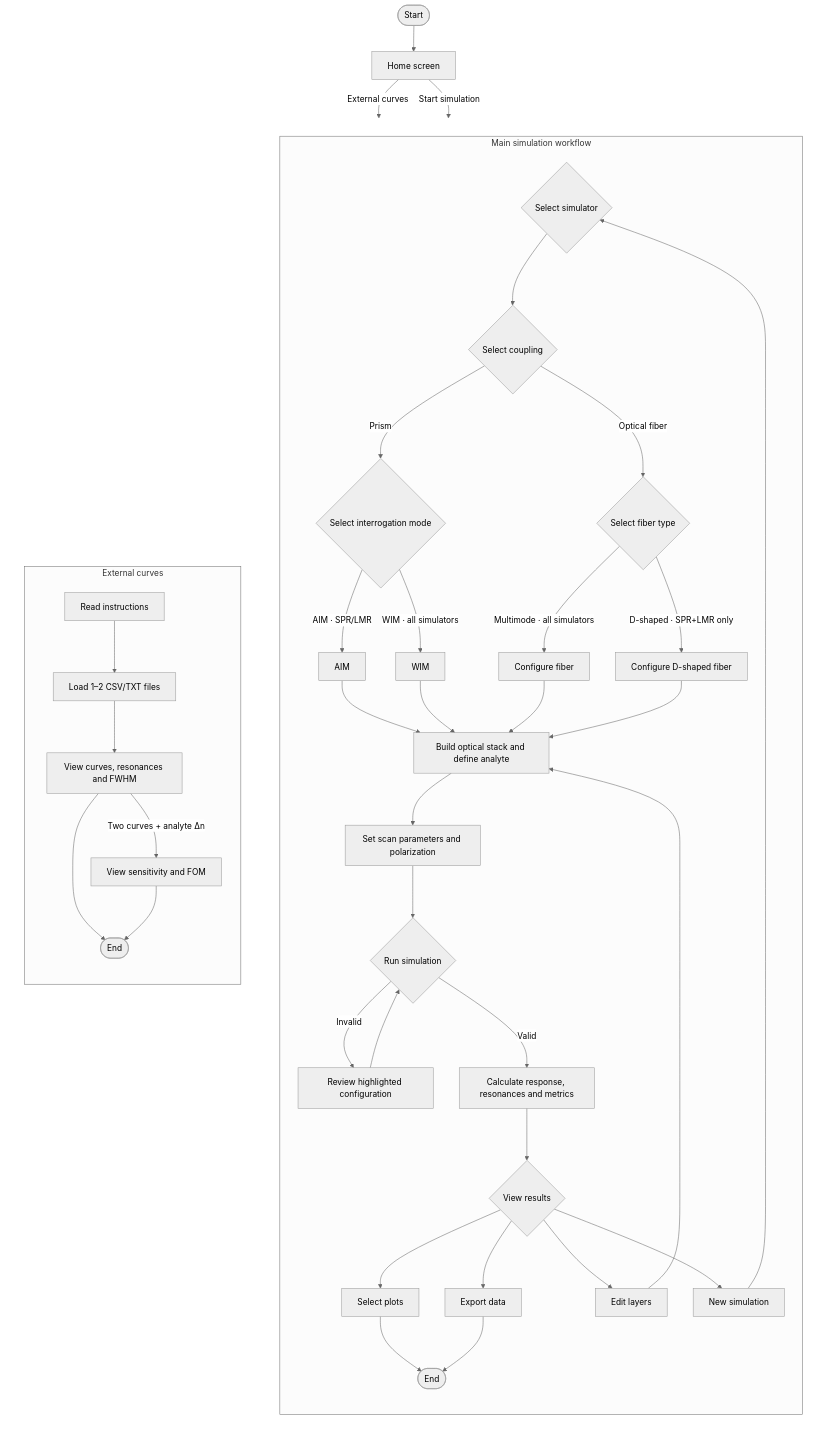
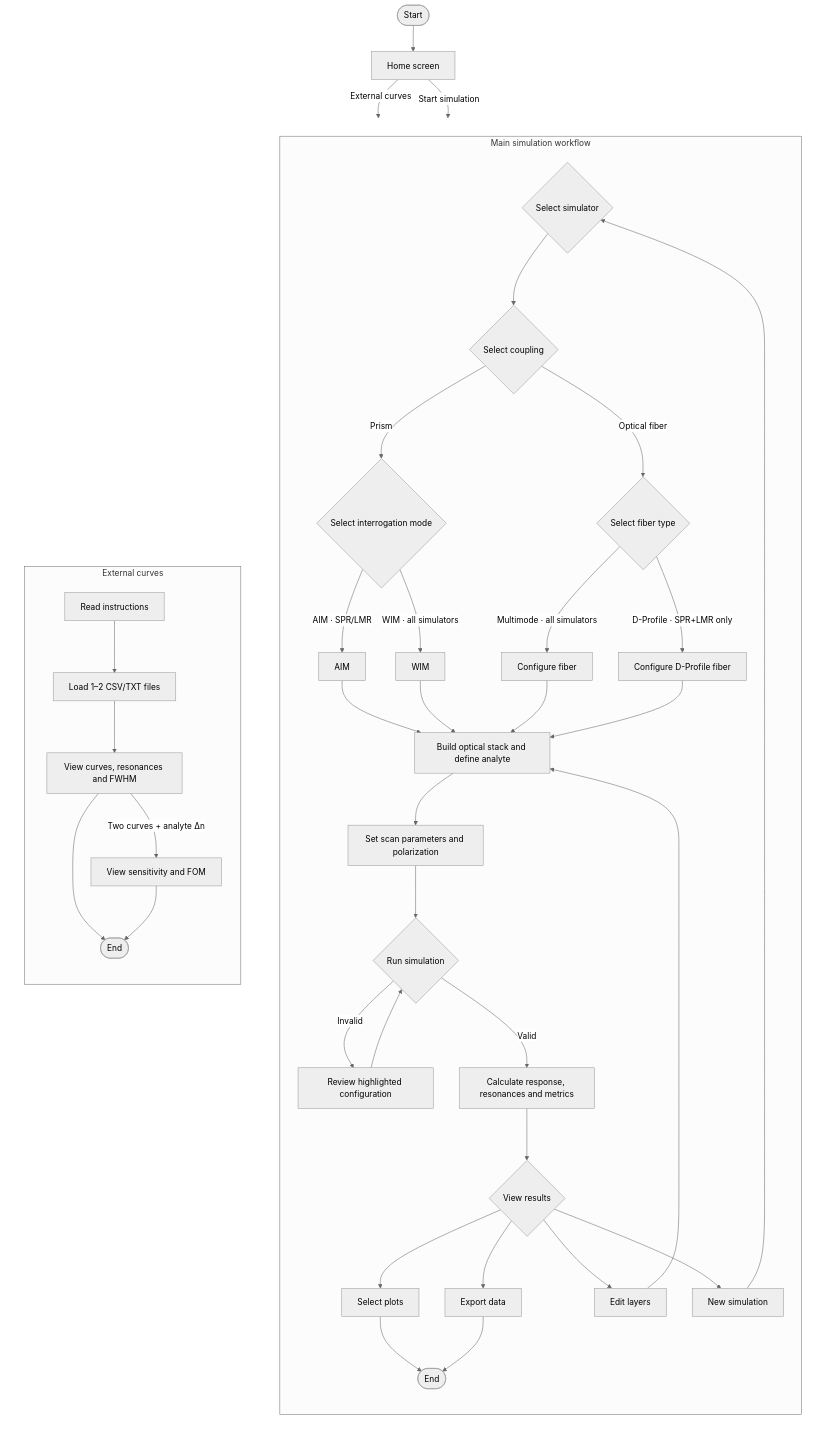
The diagram in README.md (helderufcg/Sim-SPR-LMR), drawn with Mermaid (neutral theme) before and after one commit. The commit also changed other lines of this file and 12 other files, not shown here.

````diff
--- a/README.md
+++ b/README.md
@@ -154,66 +60,66 @@
 ```mermaid
 flowchart TB
     start([Start]) --> home["Home screen"]
 
     subgraph FLOWS[" "]
         direction LR
 
         subgraph EXTERNAL["External curves"]
             direction TB
 
             external["Read instructions"]
             external --> load["Load 1–2 CSV/TXT files"]
             load --> imported["View curves, resonances and FWHM"]
             imported -->|Two curves + analyte Δn| external_metrics["View sensitivity and FOM"]
             imported --> external_done([End])
             external_metrics --> external_done
         end
 
         subgraph MAIN["Main simulation workflow"]
             direction TB
 
             simulator{"Select simulator"}
             simulator --> coupling{"Select coupling"}
 
             coupling -->|Prism| interrogation{"Select interrogation mode"}
             coupling -->|Optical fiber| fiber_type{"Select fiber type"}
 
             interrogation -->|AIM · SPR/LMR| aim["AIM"]
             interrogation -->|WIM · all simulators| wim["WIM"]
 
             fiber_type -->|Multimode · all simulators| mmf["Configure fiber"]
-            fiber_type -->|D-shaped · SPR+LMR only| dfiber["Configure D-shaped fiber"]
+            fiber_type -->|D-Profile · SPR+LMR only| dfiber["Configure D-Profile fiber"]
 
             aim --> stack["Build optical stack and define analyte"]
             wim --> stack
             mmf --> stack
             dfiber --> stack
 
             stack --> parameters["Set scan parameters and polarization"]
             parameters --> run{"Run simulation"}
 
             run -->|Invalid| review["Review highlighted configuration"]
             review --> run
 
             run -->|Valid| processing["Calculate response, resonances and metrics"]
             processing --> results{"View results"}
 
             results --> plots["Select plots"]
             results --> export["Export data"]
             results --> edit["Edit layers"]
             results --> restart["New simulation"]
 
             edit --> stack
             restart --> simulator
             plots --> main_done([End])
             export --> main_done
         end
     end
 
     home -->|External curves| external
     home -->|Start simulation| simulator
 
     external ~~~ simulator
 
     style FLOWS fill:none,stroke:none
 ```
````
